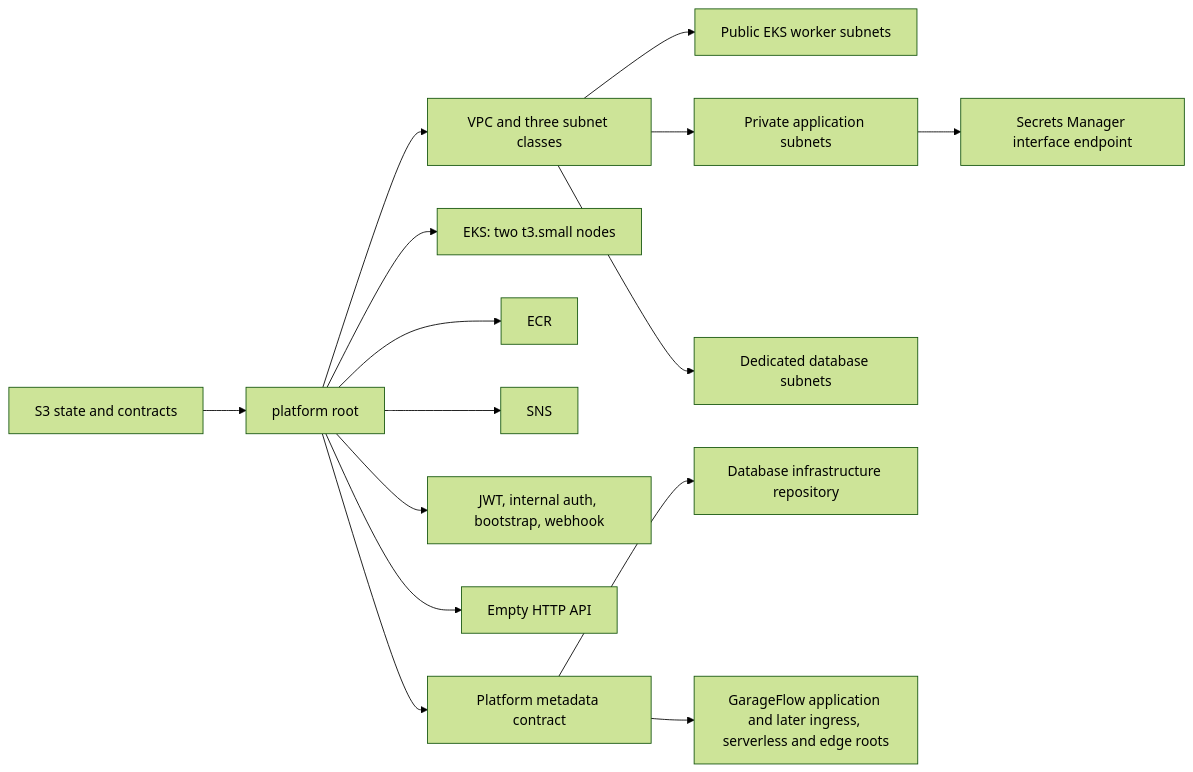
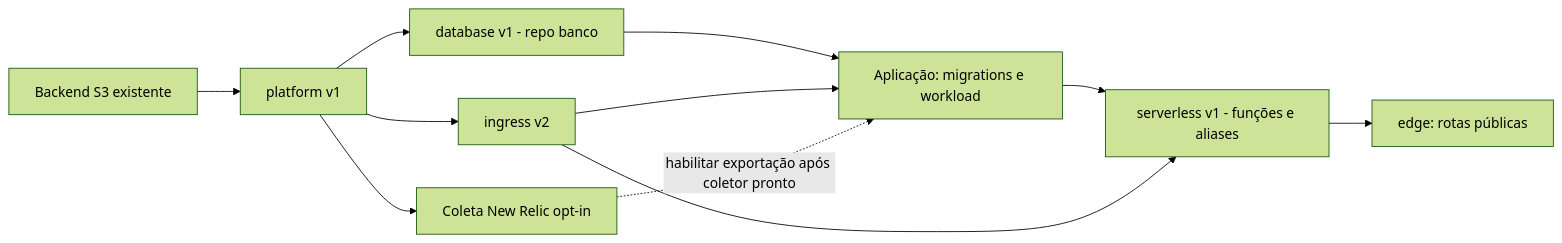
The second of 2 diagrams in README.md (DiegoRugue/garageflow-infra-kubernetes), drawn with Mermaid (forest theme) before and after one commit. The commit also changed other lines of this file, not shown here.

````diff
--- a/README.md
+++ b/README.md
@@ -5,17 +101,13 @@
 ```mermaid
 flowchart LR
-    Backend[S3 state and contracts] --> Platform[platform root]
-    Platform --> Network[VPC and three subnet classes]
-    Network --> Public[Public EKS worker subnets]
-    Network --> App[Private application subnets]
-    Network --> DB[Dedicated database subnets]
-    App --> SecretsEndpoint[Secrets Manager interface endpoint]
-    Platform --> EKS[EKS: two t3.small nodes]
-    Platform --> ECR[ECR]
-    Platform --> SNS[SNS]
-    Platform --> Secrets[JWT, internal auth, bootstrap, webhook]
-    Platform --> API[Empty HTTP API]
-    Platform --> Contract[Platform metadata contract]
-    Contract --> Database[Database infrastructure repository]
-    Contract --> Later[GarageFlow application and later ingress, serverless and edge roots]
+    Bootstrap[Backend S3 existente] --> Platform[platform v1]
+    Platform --> Database[database v1 - repo banco]
+    Platform --> Ingress[ingress v2]
+    Database --> App[Aplicação: migrations e workload]
+    Ingress --> App
+    App --> Lambda[serverless v1 - funções e aliases]
+    Ingress --> Lambda
+    Lambda --> Edge[edge: rotas públicas]
+    Platform --> Observe[Coleta New Relic opt-in]
+    Observe -.->|habilitar exportação após coletor pronto| App
 ```
````
